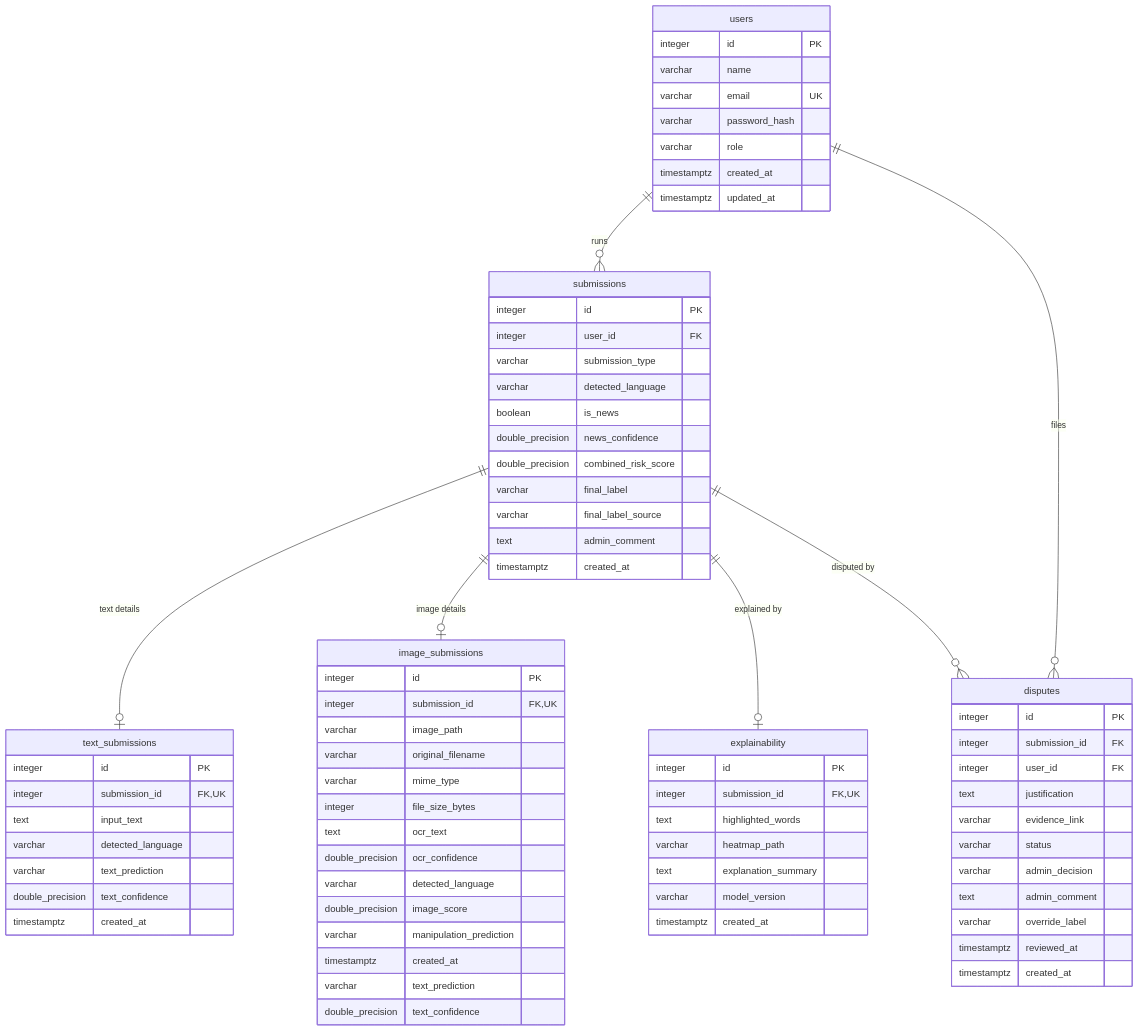
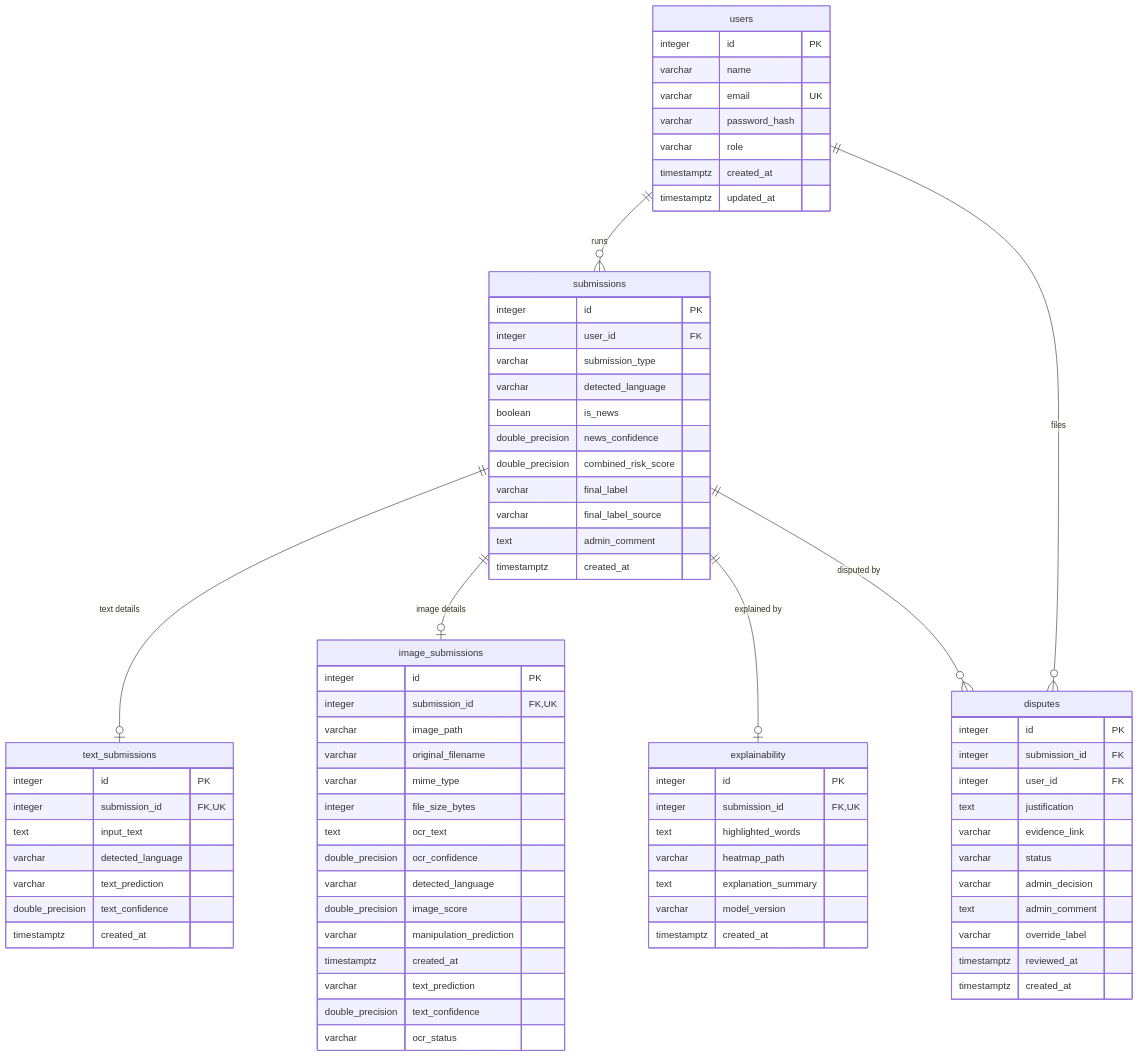
Before and after one commit to azmkh/KhabarNazar: the diagram in backend/docs/DATABASE.md, drawn with Mermaid. The commit also changed other lines of this file and 19 other files, not shown here.

````diff
--- a/backend/docs/DATABASE.md
+++ b/backend/docs/DATABASE.md
@@ -18,78 +18,79 @@
 ```mermaid
 erDiagram
     users ||--o{ submissions : "runs"
     submissions ||--o| text_submissions : "text details"
     submissions ||--o| image_submissions : "image details"
     submissions ||--o| explainability : "explained by"
     submissions ||--o{ disputes : "disputed by"
     users ||--o{ disputes : "files"
     users {
         integer id PK
         varchar name
         varchar email UK
         varchar password_hash
         varchar role
         timestamptz created_at
         timestamptz updated_at
     }
     submissions {
         integer id PK
         integer user_id FK
         varchar submission_type
         varchar detected_language
         boolean is_news
         double_precision news_confidence
         double_precision combined_risk_score
         varchar final_label
         varchar final_label_source
         text admin_comment
         timestamptz created_at
     }
     text_submissions {
         integer id PK
         integer submission_id FK, UK
         text input_text
         varchar detected_language
         varchar text_prediction
         double_precision text_confidence
         timestamptz created_at
     }
     image_submissions {
         integer id PK
         integer submission_id FK, UK
         varchar image_path
         varchar original_filename
         varchar mime_type
         integer file_size_bytes
         text ocr_text
         double_precision ocr_confidence
         varchar detected_language
         double_precision image_score
         varchar manipulation_prediction
         timestamptz created_at
         varchar text_prediction
         double_precision text_confidence
+        varchar ocr_status
     }
     explainability {
         integer id PK
         integer submission_id FK, UK
         text highlighted_words
         varchar heatmap_path
         text explanation_summary
         varchar model_version
         timestamptz created_at
     }
     disputes {
         integer id PK
         integer submission_id FK
         integer user_id FK
         text justification
         varchar evidence_link
         varchar status
         varchar admin_decision
         text admin_comment
         varchar override_label
         timestamptz reviewed_at
         timestamptz created_at
     }
 ```
````
